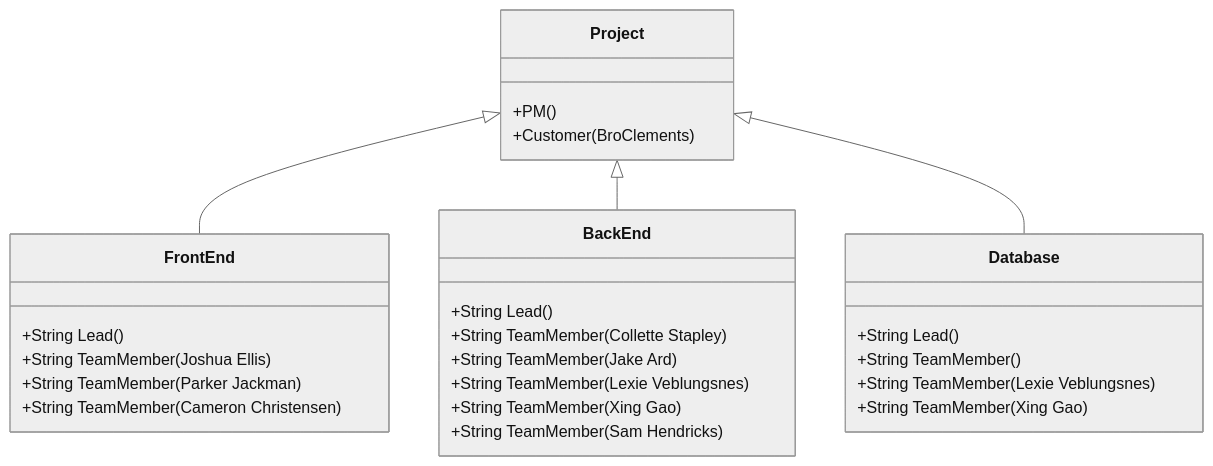
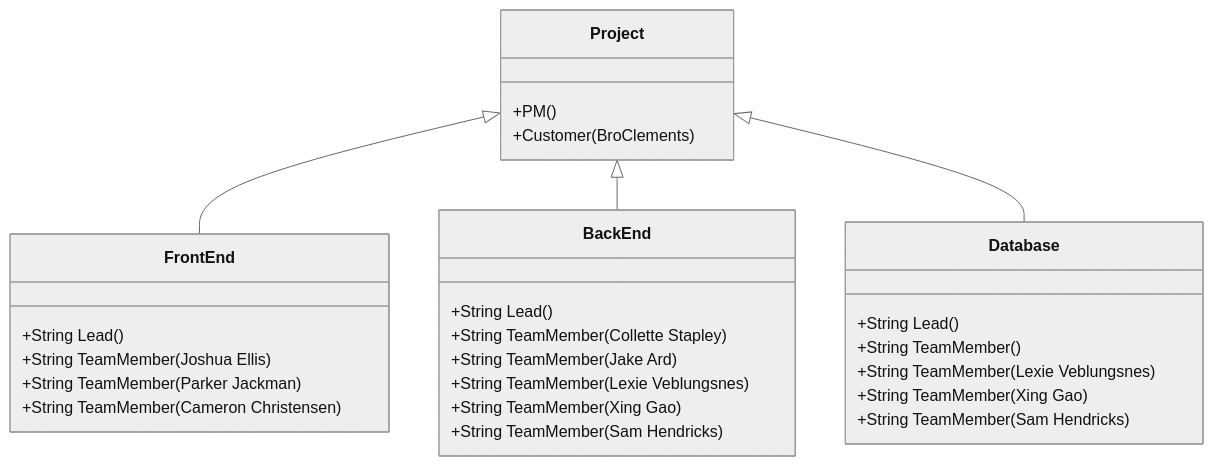
One commit to anrj2/2024SprCSE397PCP changed the second of 2 diagrams in project/org/OrganizationChart.md. Above: the diagram before and after it, drawn with Mermaid (neutral theme).

Commit message:
added myself to database week2 branch org chart

````diff
--- a/project/org/OrganizationChart.md
+++ b/project/org/OrganizationChart.md
@@ -29,30 +29,31 @@
 ```mermaid
 classDiagram
       Project <|-- FrontEnd
       Project <|-- BackEnd
       Project <|-- Database
       Project : +PM()
       Project : +Customer(BroClements)
       class FrontEnd{
           +String Lead()
           +String TeamMember(Joshua Ellis)
           +String TeamMember(Parker Jackman)
           +String TeamMember(Cameron Christensen)
       }
       class BackEnd{
           +String Lead()
           +String TeamMember(Collette Stapley)
           +String TeamMember(Jake Ard)
           +String TeamMember(Lexie Veblungsnes)
           +String TeamMember(Xing Gao)
           +String TeamMember(Sam Hendricks)
 
       }
       class Database{
           +String Lead()
           +String TeamMember()
           +String TeamMember(Lexie Veblungsnes)
           +String TeamMember(Xing Gao)
+          +String TeamMember(Sam Hendricks)
       
       }
 ```
````
